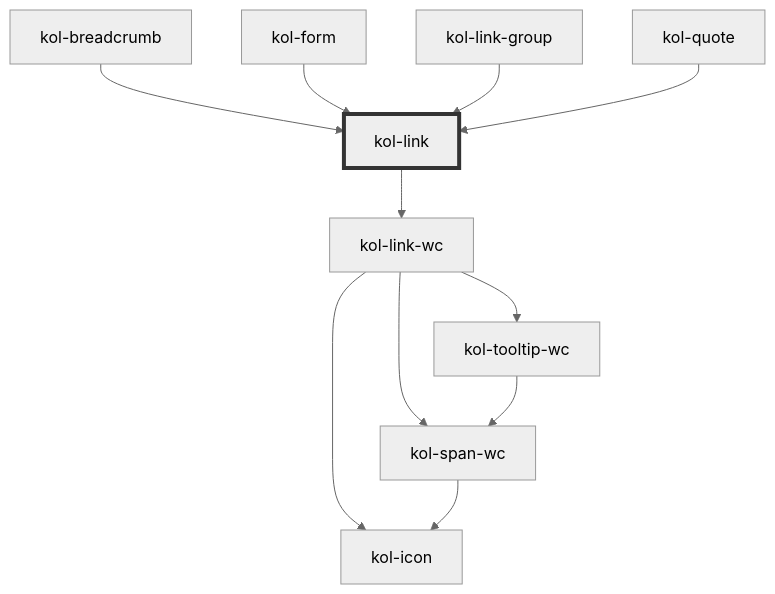
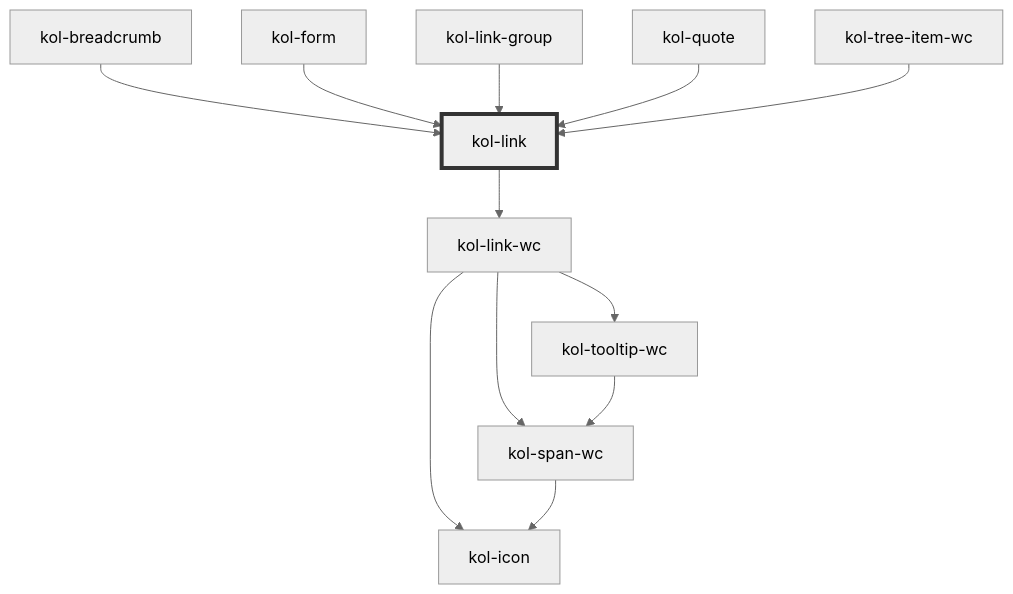
Before and after one commit to public-ui/kolibri: the diagram in packages/components/src/components/link/readme.md, drawn with Mermaid (neutral theme). The commit also changed other lines of this file and 35 other files, not shown here.

````diff
--- a/packages/components/src/components/link/readme.md
+++ b/packages/components/src/components/link/readme.md
@@ -107,14 +108,15 @@
 ```mermaid
 graph TD;
   kol-link --> kol-link-wc
   kol-link-wc --> kol-span-wc
   kol-link-wc --> kol-icon
   kol-link-wc --> kol-tooltip-wc
   kol-span-wc --> kol-icon
   kol-tooltip-wc --> kol-span-wc
   kol-breadcrumb --> kol-link
   kol-form --> kol-link
   kol-link-group --> kol-link
   kol-quote --> kol-link
+  kol-tree-item-wc --> kol-link
   style kol-link stroke:#333,stroke-width:4px
 ```
````
